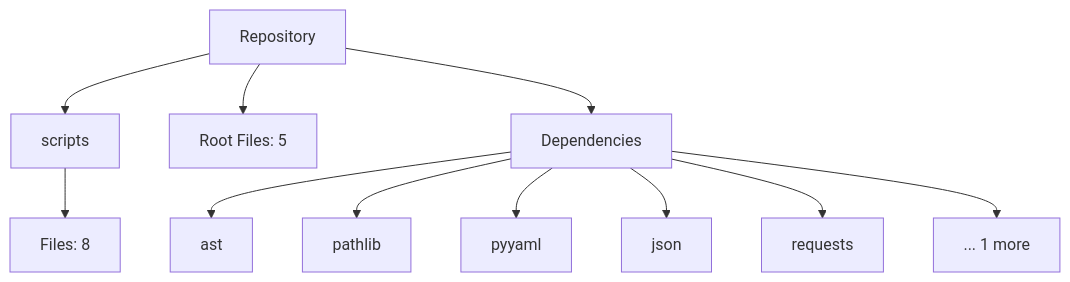
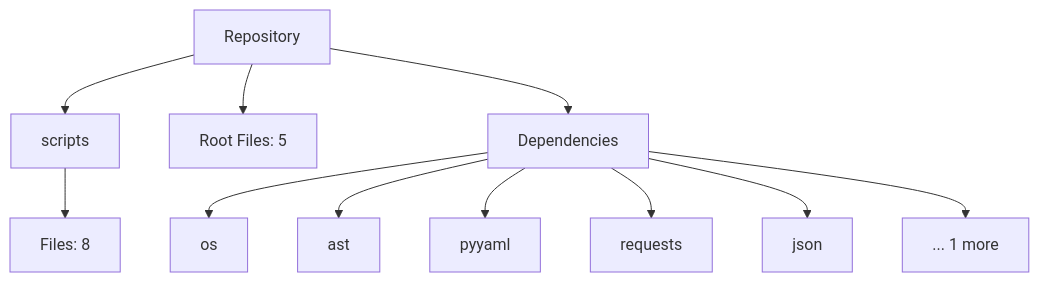
One commit to NITISH-R-G/Smart-Task-Tracker-macOS-Dark-Edition- changed the diagram in README.md. Above: the diagram before and after it, drawn with Mermaid. The commit also changed 4 other files, not shown here.

Commit message:
docs(auto): Automatically update repository architecture and README

````diff
--- a/README.md
+++ b/README.md
@@ -17,15 +17,15 @@
 ```mermaid
 graph TD
     Root[Repository]
     Root --> scripts[scripts]
     scripts --> scripts_files[Files: 8]
     Root --> Root_files[Root Files: 5]
     Root --> Deps[Dependencies]
+    Deps --> os[os]
     Deps --> ast[ast]
-    Deps --> pathlib[pathlib]
     Deps --> pyyaml[pyyaml]
+    Deps --> requests[requests]
     Deps --> json[json]
-    Deps --> requests[requests]
     Deps --> MoreDeps[... 1 more]
 
 ```
````
